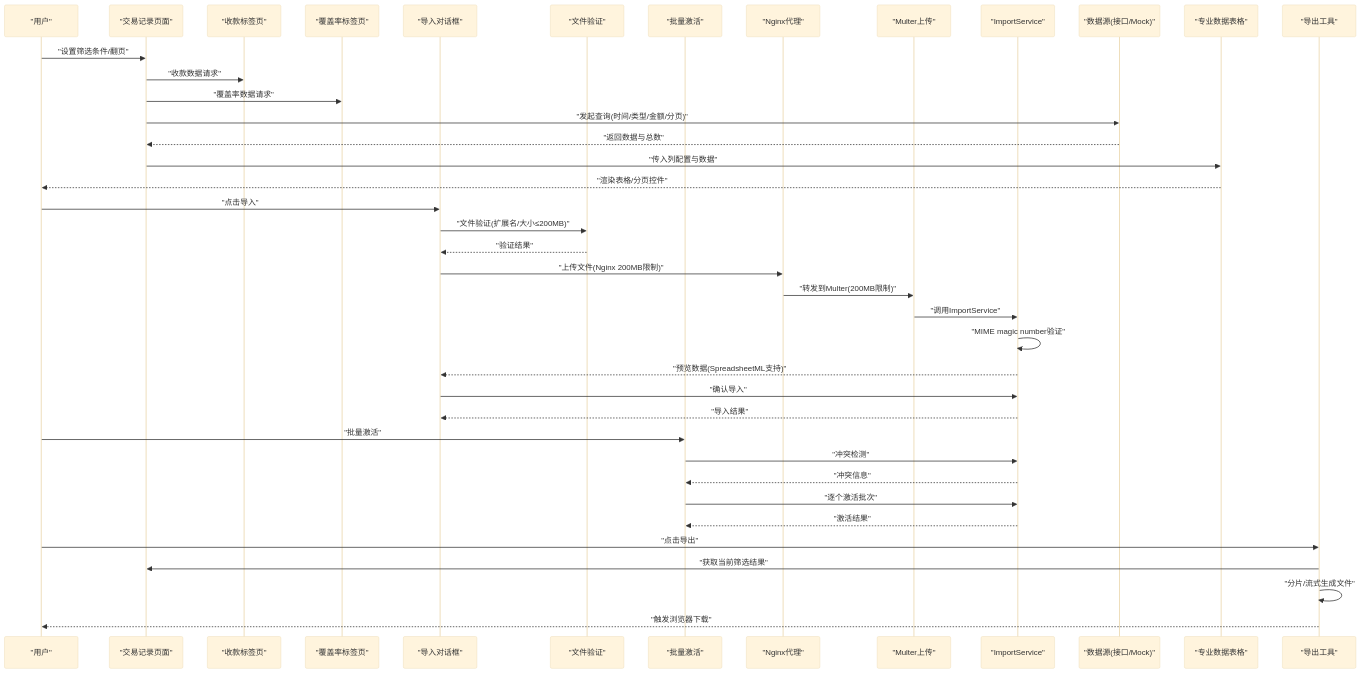
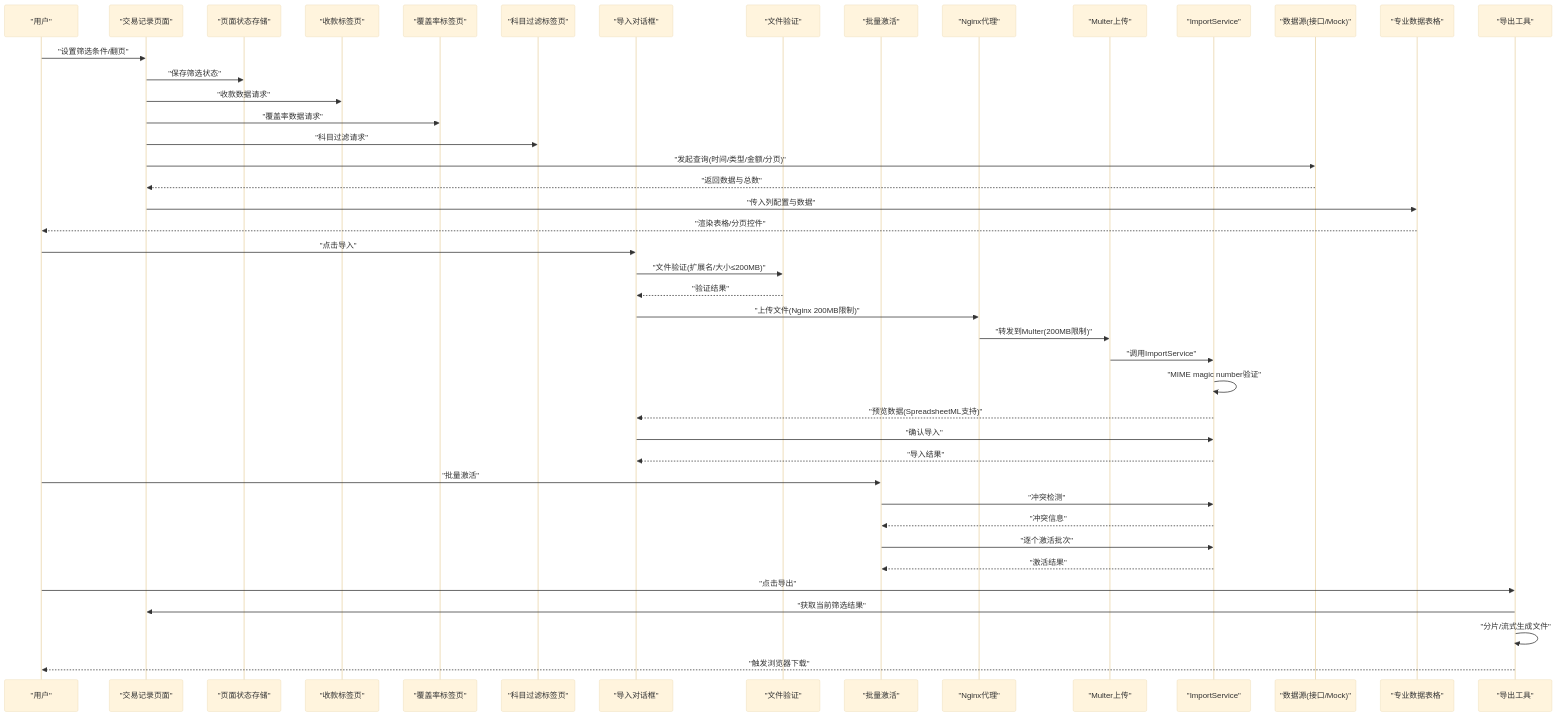
The second of 3 diagrams in .qoder/repowiki/zh/content/页面组件/交易记录页面/交易记录页面.md (Damao997/newproject), drawn with Mermaid (base theme) before and after one commit. The commit also changed other lines of this file and 22 other files, not shown here.

````diff
--- a/.qoder/repowiki/zh/content/页面组件/交易记录页面/交易记录页面.md
+++ b/.qoder/repowiki/zh/content/页面组件/交易记录页面/交易记录页面.md
@@ -188,42 +216,46 @@
 ```mermaid
 sequenceDiagram
 participant U as "用户"
 participant P as "交易记录页面"
+participant PSS as "页面状态存储"
 participant CT as "收款标签页"
 participant CVT as "覆盖率标签页"
+participant AFT as "科目过滤标签页"
 participant ID as "导入对话框"
 participant FV as "文件验证"
 participant BA as "批量激活"
 participant NG as "Nginx代理"
 participant M as "Multer上传"
 participant S as "ImportService"
 participant D as "数据源(接口/Mock)"
 participant T as "专业数据表格"
 participant X as "导出工具"
 U->>P : "设置筛选条件/翻页"
+P->>PSS : "保存筛选状态"
 P->>CT : "收款数据请求"
 P->>CVT : "覆盖率数据请求"
+P->>AFT : "科目过滤请求"
 P->>D : "发起查询(时间/类型/金额/分页)"
 D-->>P : "返回数据与总数"
 P->>T : "传入列配置与数据"
 T-->>U : "渲染表格/分页控件"
 U->>ID : "点击导入"
 ID->>FV : "文件验证(扩展名/大小≤200MB)"
 FV-->>ID : "验证结果"
 ID->>NG : "上传文件(Nginx 200MB限制)"
 NG->>M : "转发到Multer(200MB限制)"
 M->>S : "调用ImportService"
 S->>S : "MIME magic number验证"
 S-->>ID : "预览数据(SpreadsheetML支持)"
 ID->>S : "确认导入"
 S-->>ID : "导入结果"
 U->>BA : "批量激活"
 BA->>S : "冲突检测"
 S-->>BA : "冲突信息"
 BA->>S : "逐个激活批次"
 S-->>BA : "激活结果"
 U->>X : "点击导出"
 X->>P : "获取当前筛选结果"
 X->>X : "分片/流式生成文件"
 X-->>U : "触发浏览器下载"
 ```
````
